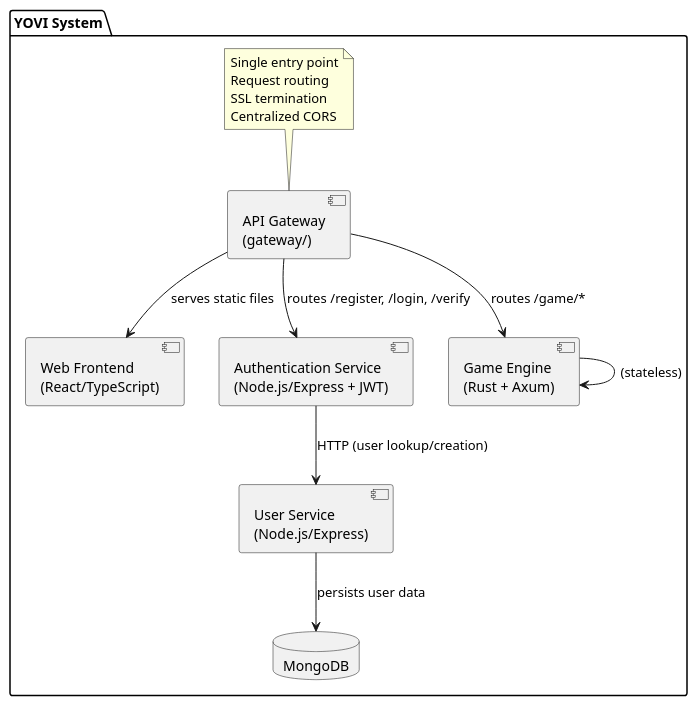
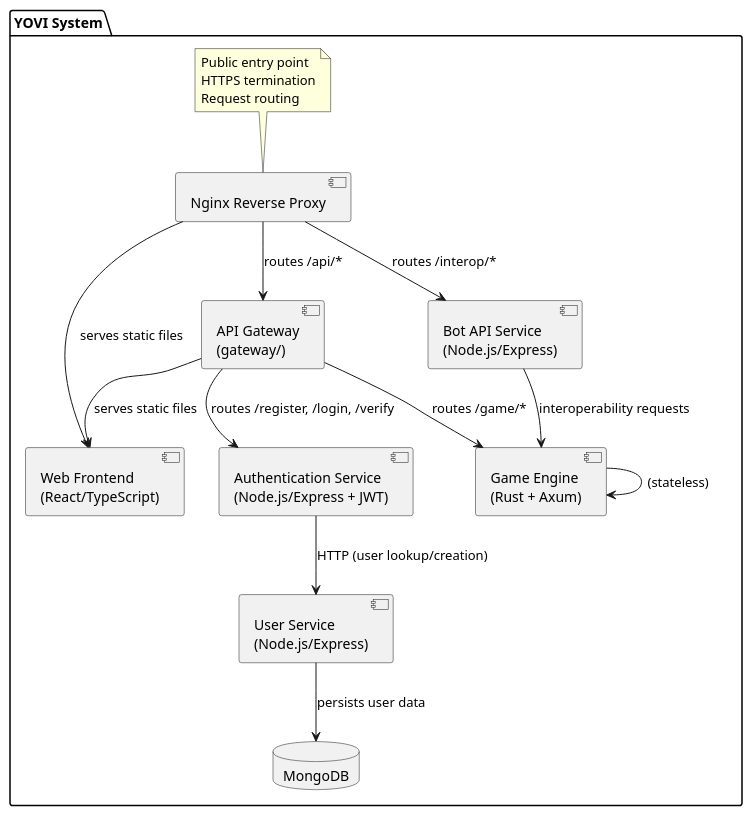
One commit to Arquisoft/yovi_en2c changed the diagram in docs/src/04_solution_strategy.adoc. Above: the diagram before and after it, drawn with PlantUML. The commit also changed other lines of this file, not shown here.

```diff
--- a/docs/src/04_solution_strategy.adoc
+++ b/docs/src/04_solution_strategy.adoc
@@ -46,35 +49,43 @@
 [plantuml,"Service Decomposition",png]
 ----
 @startuml
 package "YOVI System" {
 
   component "API Gateway\n(gateway/)" as Gateway
 
   component "Web Frontend\n(React/TypeScript)" as Webapp
 
   component "Authentication Service\n(Node.js/Express + JWT)" as Auth
 
+  component "Nginx Reverse Proxy" as Nginx
+  component "Bot API Service\n(Node.js/Express)" as BotAPI
+
   component "User Service\n(Node.js/Express)" as Users
 
   component "Game Engine\n(Rust + Axum)" as Gamey
 
   database "MongoDB" as DB
 
+  Nginx --> Webapp : serves static files
+  Nginx --> Gateway : routes /api/*
+  Nginx --> BotAPI : routes /interop/*
+
   Gateway --> Webapp : serves static files
   Gateway --> Auth : routes /register, /login, /verify
   Gateway --> Gamey : routes /game/*
 
+  BotAPI --> Gamey : interoperability requests
+  
   Auth --> Users : HTTP (user lookup/creation)
   Users --> DB : persists user data
   Gamey --> Gamey : (stateless)
 
-  note top of Gateway
-    Single entry point
+  note top of Nginx
+    Public entry point
+    HTTPS termination
     Request routing
-    SSL termination
-    Centralized CORS
   end note
 
 }
 @enduml
 ----
```
